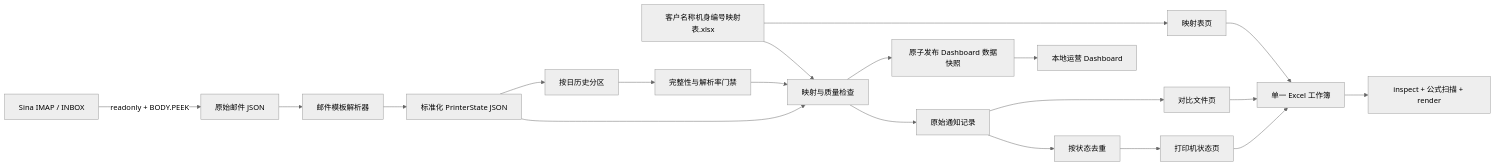
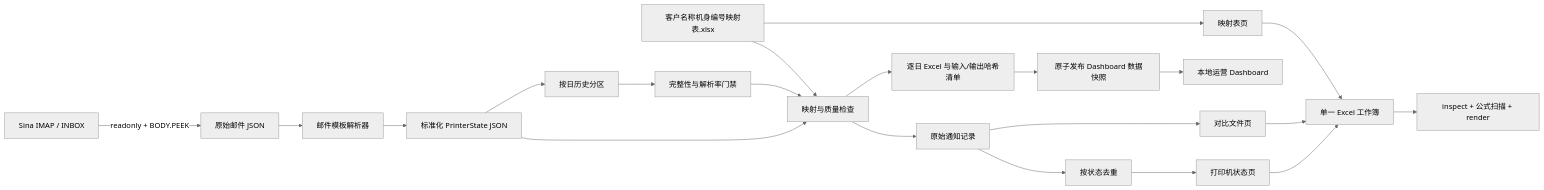
Before and after one commit to yuansshi/printer_info_report_system: the diagram in docs/CURRENT_STATE.md, drawn with Mermaid (neutral theme). The commit also changed other lines of this file and 13 other files, not shown here.

````diff
--- a/docs/CURRENT_STATE.md
+++ b/docs/CURRENT_STATE.md
@@ -26,22 +26,23 @@
 ```mermaid
 flowchart LR
     A["Sina IMAP / INBOX"] -->|"readonly + BODY.PEEK"| B["原始邮件 JSON"]
     B --> C["邮件模板解析器"]
     C --> D["标准化 PrinterState JSON"]
     E["客户名称机身编号映射表.xlsx"] --> F["映射与质量检查"]
     D --> F
     F --> G["原始通知记录"]
     G --> H["按状态去重"]
     G --> I["对比文件页"]
     H --> J["打印机状态页"]
     E --> K["映射表页"]
     I --> L["单一 Excel 工作簿"]
     J --> L
     K --> L
     L --> M["inspect + 公式扫描 + render"]
     D --> N["按日历史分区"]
     N --> P["完整性与解析率门禁"]
     P --> F
-    F --> Q["原子发布 Dashboard 数据快照"]
+    F --> R["逐日 Excel 与输入/输出哈希清单"]
+    R --> Q["原子发布 Dashboard 数据快照"]
     Q --> O["本地运营 Dashboard"]
 ```
````
